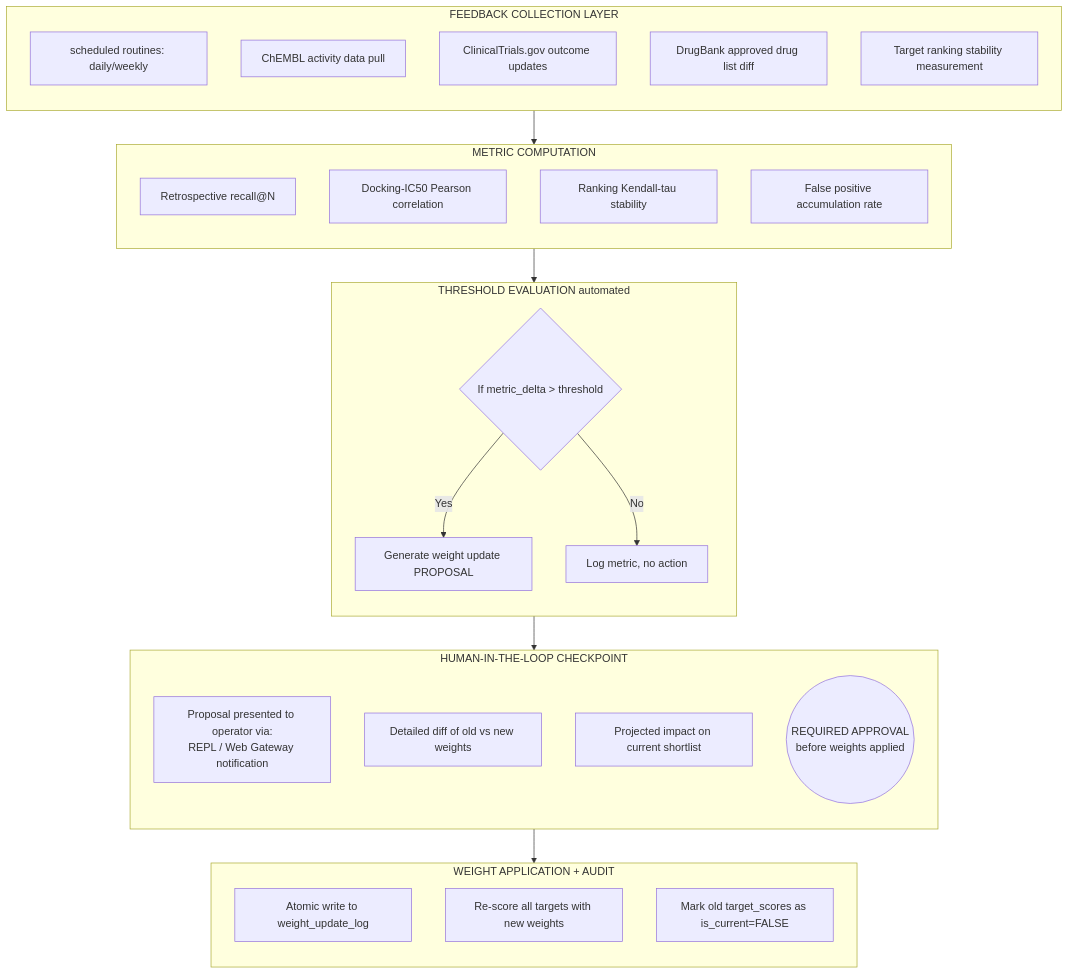
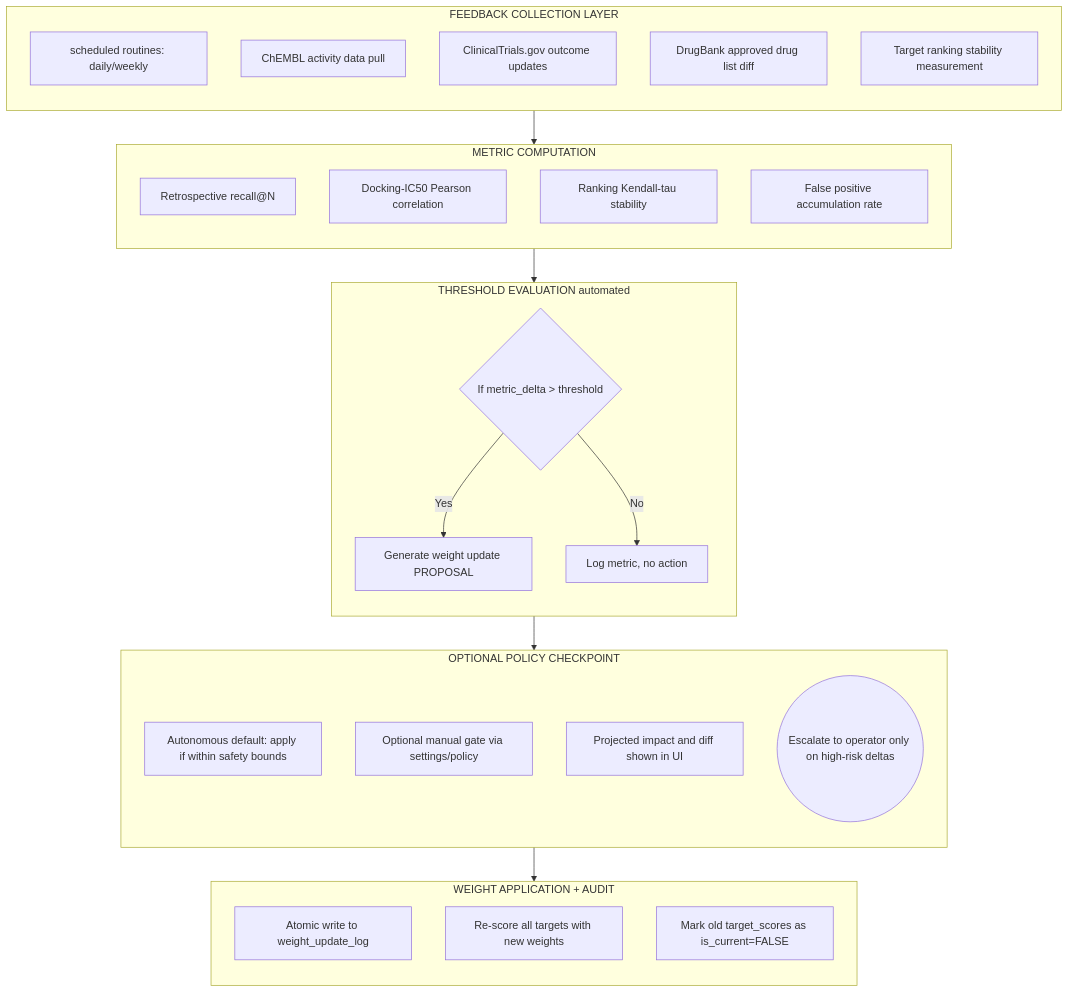
One commit to Classacre/ferrumyx changed the fourth of 11 diagrams in ARCHITECTURE.md. Above: the diagram before and after it, drawn with Mermaid. The commit also changed other lines of this file and 1 other file, not shown here.

Commit message:
docs: refresh architecture status and clean log artifacts

````diff
--- a/ARCHITECTURE.md
+++ b/ARCHITECTURE.md
@@ -488,56 +500,56 @@
 ```mermaid
 flowchart TD
     classDef stage fill:#1e1e24,stroke:#81c784,stroke-width:2px
-    classDef human fill:#1e1e24,stroke:#ffb74d,stroke-width:2px,stroke-dasharray: 5 5
+    classDef policy fill:#1e1e24,stroke:#ffb74d,stroke-width:2px,stroke-dasharray: 5 5
 
     subgraph Feedback [FEEDBACK COLLECTION LAYER]
         direction TB
         F1[scheduled routines: daily/weekly]
         F2[ChEMBL activity data pull]
         F3[ClinicalTrials.gov outcome updates]
         F4[DrugBank approved drug list diff]
         F5[Target ranking stability measurement]
     end
     class Feedback stage
 
     subgraph Metric [METRIC COMPUTATION]
         direction TB
         M1[Retrospective recall@N]
         M2[Docking-IC50 Pearson correlation]
         M3[Ranking Kendall-tau stability]
         M4[False positive accumulation rate]
     end
     class Metric stage
 
     subgraph Threshold [THRESHOLD EVALUATION automated]
         direction TB
         T1{If metric_delta > threshold}
         T2[Generate weight update PROPOSAL]
         T3[Log metric, no action]
         T1 -->|Yes| T2
         T1 -->|No| T3
     end
     class Threshold stage
 
-    subgraph Human [HUMAN-IN-THE-LOOP CHECKPOINT]
+    subgraph Policy [OPTIONAL POLICY CHECKPOINT]
         direction TB
-        H1[Proposal presented to operator via:<br/>REPL / Web Gateway notification]
-        H2[Detailed diff of old vs new weights]
-        H3[Projected impact on current shortlist]
-        H4((REQUIRED APPROVAL<br/>before weights applied))
+        H1[Autonomous default: apply if within safety bounds]
+        H2[Optional manual gate via settings/policy]
+        H3[Projected impact and diff shown in UI]
+        H4((Escalate to operator only on high-risk deltas))
     end
-    class Human human
+    class Policy policy
 
     subgraph Update [WEIGHT APPLICATION + AUDIT]
         direction TB
         U1[Atomic write to weight_update_log]
         U2[Re-score all targets with new weights]
         U3[Mark old target_scores as is_current=FALSE]
     end
     class Update stage
 
     Feedback --> Metric
     Metric --> Threshold
-    T2 --> Human
-    Human --> Update
+    T2 --> Policy
+    Policy --> Update
 ```
````
